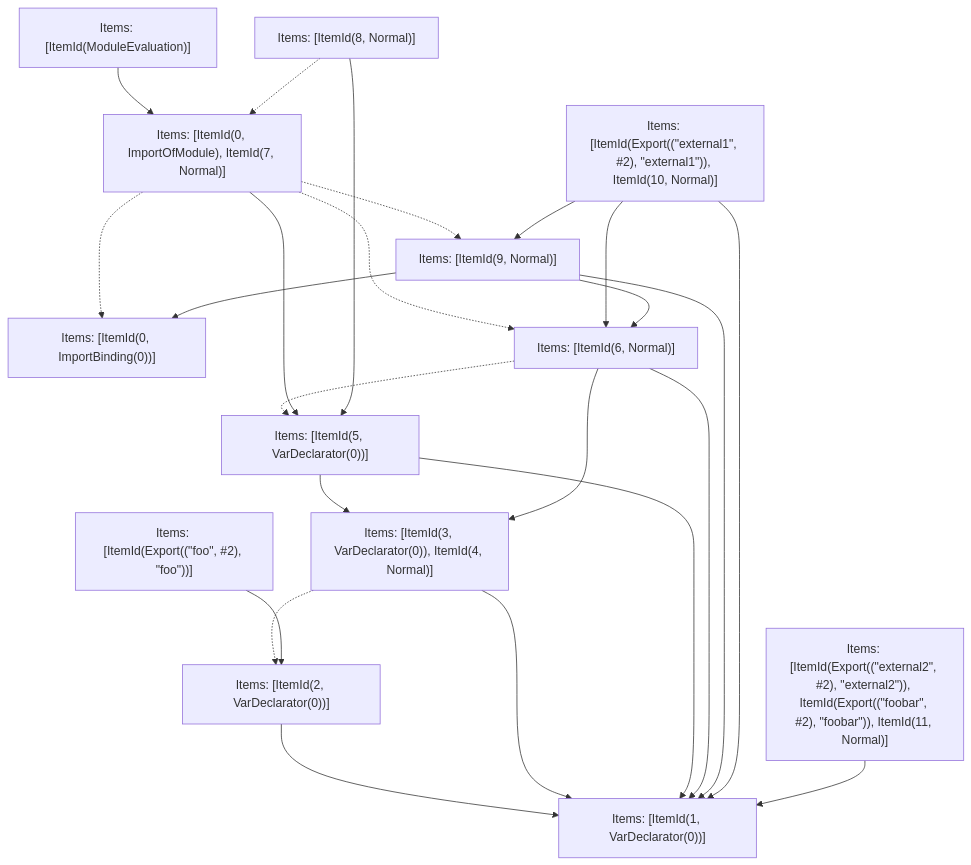
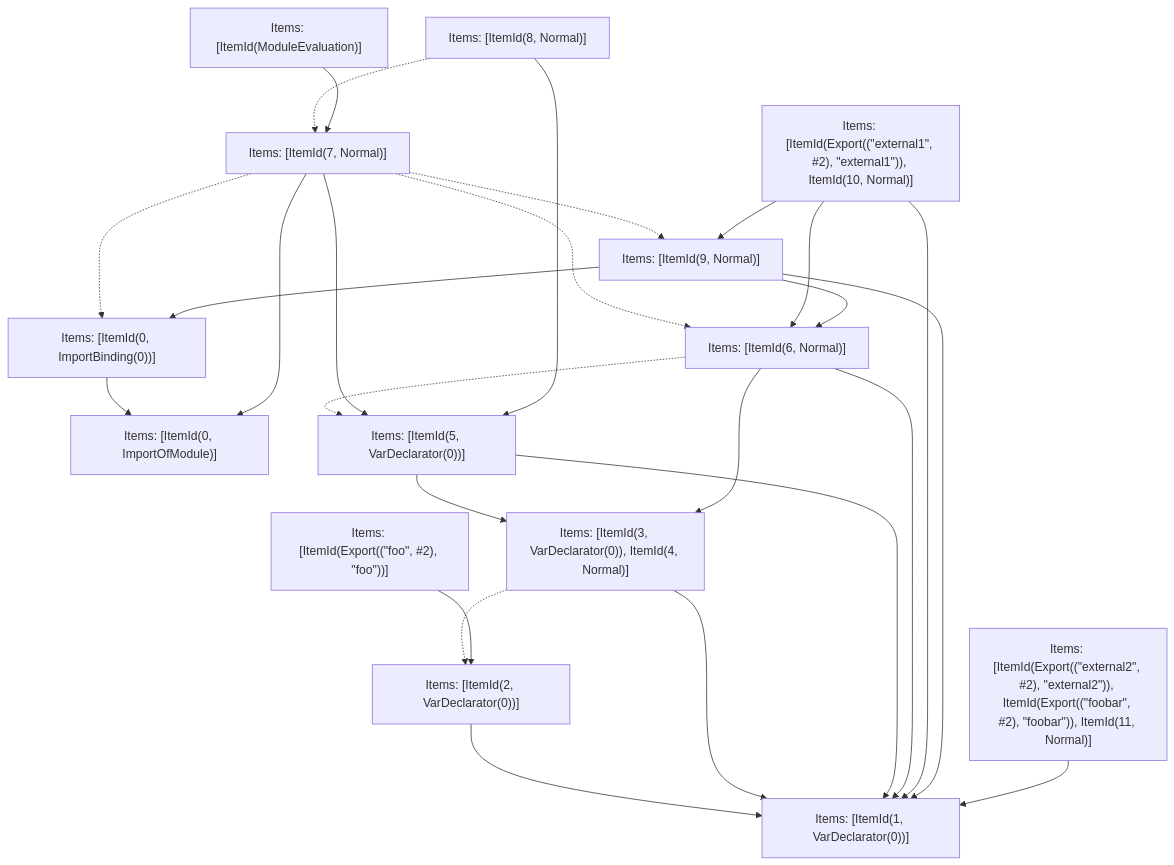
One commit to Dreitt/nextt changed the fifth of 5 diagrams in turbopack/crates/turbopack-ecmascript/tests/tree-shaker/analyzer/1/output.md. Above: the diagram before and after it, drawn with Mermaid. The commit also changed other lines of this file and 19 other files, not shown here.

````diff
--- a/turbopack/crates/turbopack-ecmascript/tests/tree-shaker/analyzer/1/output.md
+++ b/turbopack/crates/turbopack-ecmascript/tests/tree-shaker/analyzer/1/output.md
@@ -338,39 +338,42 @@
 ```mermaid
 graph TD
     N0["Items: [ItemId(ModuleEvaluation)]"];
     N1["Items: [ItemId(Export((&quot;external1&quot;, #2), &quot;external1&quot;)), ItemId(10, Normal)]"];
     N2["Items: [ItemId(Export((&quot;external2&quot;, #2), &quot;external2&quot;)), ItemId(Export((&quot;foobar&quot;, #2), &quot;foobar&quot;)), ItemId(11, Normal)]"];
     N3["Items: [ItemId(Export((&quot;foo&quot;, #2), &quot;foo&quot;))]"];
-    N4["Items: [ItemId(0, ImportOfModule), ItemId(7, Normal)]"];
+    N4["Items: [ItemId(0, ImportOfModule)]"];
     N5["Items: [ItemId(0, ImportBinding(0))]"];
     N6["Items: [ItemId(1, VarDeclarator(0))]"];
     N7["Items: [ItemId(2, VarDeclarator(0))]"];
     N8["Items: [ItemId(3, VarDeclarator(0)), ItemId(4, Normal)]"];
     N9["Items: [ItemId(5, VarDeclarator(0))]"];
     N10["Items: [ItemId(6, Normal)]"];
-    N11["Items: [ItemId(8, Normal)]"];
-    N12["Items: [ItemId(9, Normal)]"];
+    N11["Items: [ItemId(7, Normal)]"];
+    N12["Items: [ItemId(8, Normal)]"];
+    N13["Items: [ItemId(9, Normal)]"];
     N7 --> N6;
-    N0 --> N4;
+    N5 --> N4;
     N8 --> N6;
     N8 -.-> N7;
     N9 --> N8;
     N9 --> N6;
     N10 --> N8;
     N10 --> N6;
     N10 -.-> N9;
-    N4 --> N9;
-    N12 --> N6;
-    N4 -.-> N5;
-    N4 -.-> N10;
-    N4 -.-> N12;
     N11 --> N9;
-    N11 -.-> N4;
+    N11 --> N4;
+    N11 -.-> N5;
+    N11 -.-> N10;
+    N11 -.-> N13;
+    N12 --> N9;
+    N12 -.-> N11;
     N1 --> N6;
     N1 --> N10;
     N3 --> N7;
+    N0 --> N11;
+    N1 --> N13;
+    N13 --> N5;
+    N13 --> N10;
+    N13 --> N6;
     N2 --> N6;
-    N1 --> N12;
-    N12 --> N5;
-    N12 --> N10;
 ```
````
